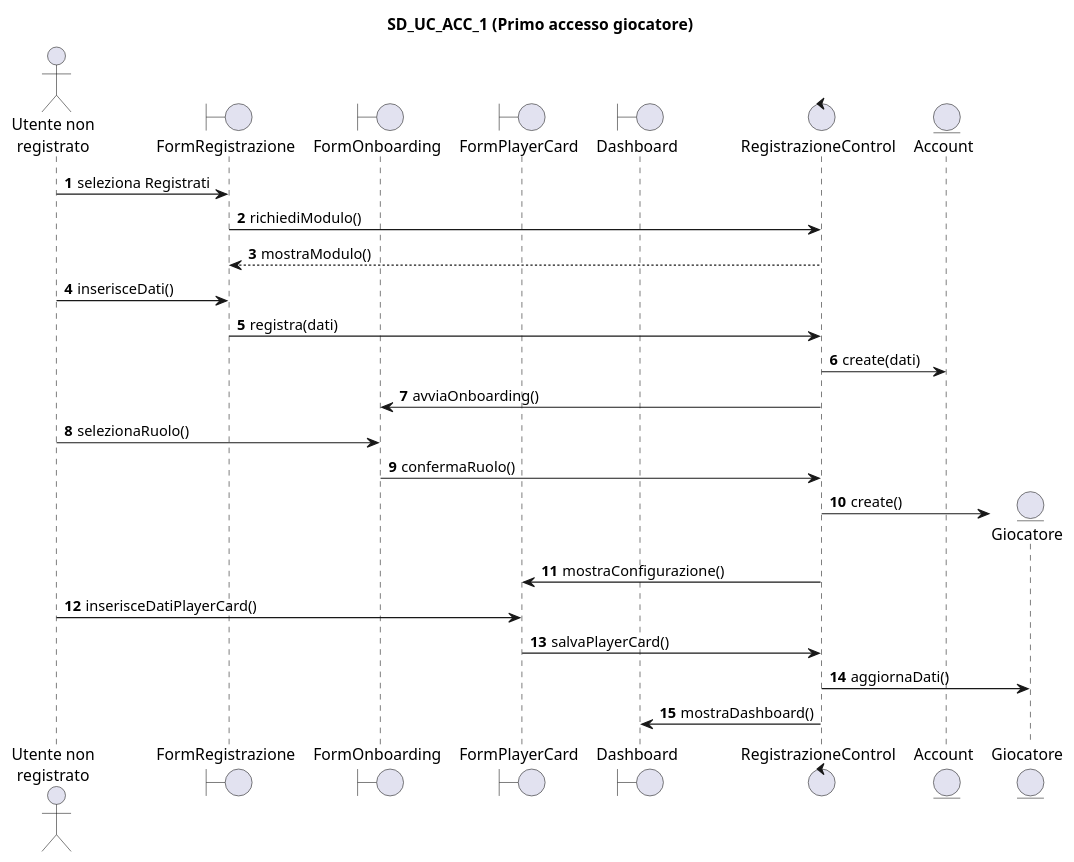
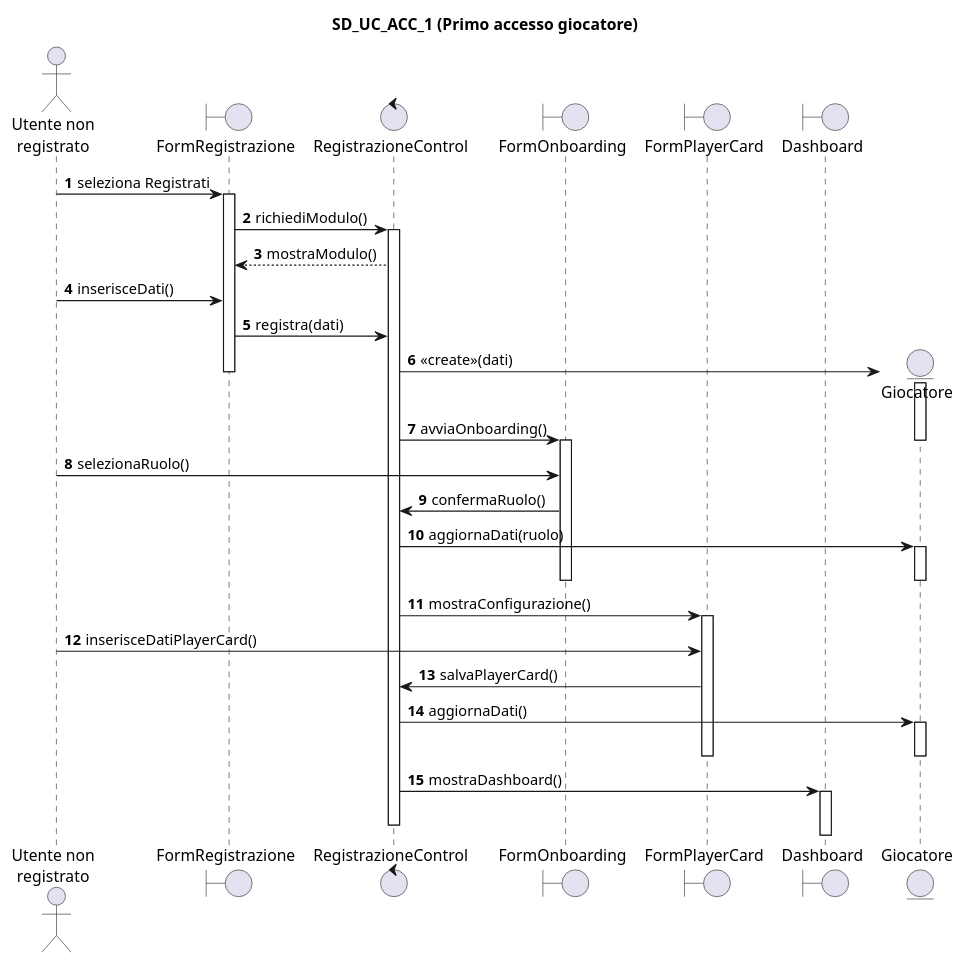
Before and after one commit to UnisaKickly/kickly: the diagram in docs/modelli/seq_primo_accesso.puml, drawn with PlantUML. The commit also changed other lines of this file and 2 other files, not shown here.

Commit message:
docs: KCK-206 correzione sequence diagram secondo la checklist RAD
SD_UC_ACC_1: control al terzo posto, Account e Giocatore in un solo oggetto
creato con <<create>>. SD_UC_PAG_1: le due Transazioni create al momento.
Box di attivazione in tutti e tre i diagrammi.

```diff
--- a/docs/modelli/seq_primo_accesso.puml
+++ b/docs/modelli/seq_primo_accesso.puml
@@ -6,35 +11,49 @@
 @startuml SD_UC_ACC_1
 title SD_UC_ACC_1 (Primo accesso giocatore)
 autonumber
 skinparam sequenceMessageAlign left
 
 actor "Utente non\nregistrato" as Utente
 boundary FormRegistrazione
+control RegistrazioneControl
 boundary FormOnboarding
 boundary FormPlayerCard
 boundary Dashboard
-control RegistrazioneControl
-entity Account
 
-' Registrazione: dati anagrafici e creazione dell'Account
+' Registrazione: dati anagrafici e creazione dell'account (oggetto Giocatore)
 Utente -> FormRegistrazione : seleziona Registrati
+activate FormRegistrazione
 FormRegistrazione -> RegistrazioneControl : richiediModulo()
+activate RegistrazioneControl
 RegistrazioneControl --> FormRegistrazione : mostraModulo()
 Utente -> FormRegistrazione : inserisceDati()
 FormRegistrazione -> RegistrazioneControl : registra(dati)
-RegistrazioneControl -> Account : create(dati)
+create entity Giocatore
+RegistrazioneControl -> Giocatore : <<create>>(dati)
+activate Giocatore
+deactivate FormRegistrazione
 
-' Onboarding: scelta del ruolo e creazione del Giocatore
+' Onboarding: scelta del ruolo, registrata sullo stesso oggetto
 RegistrazioneControl -> FormOnboarding : avviaOnboarding()
+deactivate Giocatore
+activate FormOnboarding
 Utente -> FormOnboarding : selezionaRuolo()
 FormOnboarding -> RegistrazioneControl : confermaRuolo()
-create entity Giocatore
-RegistrazioneControl -> Giocatore : create()
+RegistrazioneControl -> Giocatore : aggiornaDati(ruolo)
+activate Giocatore
+deactivate Giocatore
+deactivate FormOnboarding
 
 ' Configurazione della Player Card e accesso alla Dashboard
 RegistrazioneControl -> FormPlayerCard : mostraConfigurazione()
+activate FormPlayerCard
 Utente -> FormPlayerCard : inserisceDatiPlayerCard()
 FormPlayerCard -> RegistrazioneControl : salvaPlayerCard()
 RegistrazioneControl -> Giocatore : aggiornaDati()
+activate Giocatore
+deactivate Giocatore
+deactivate FormPlayerCard
 RegistrazioneControl -> Dashboard : mostraDashboard()
+activate Dashboard
+deactivate RegistrazioneControl
 @enduml
```
